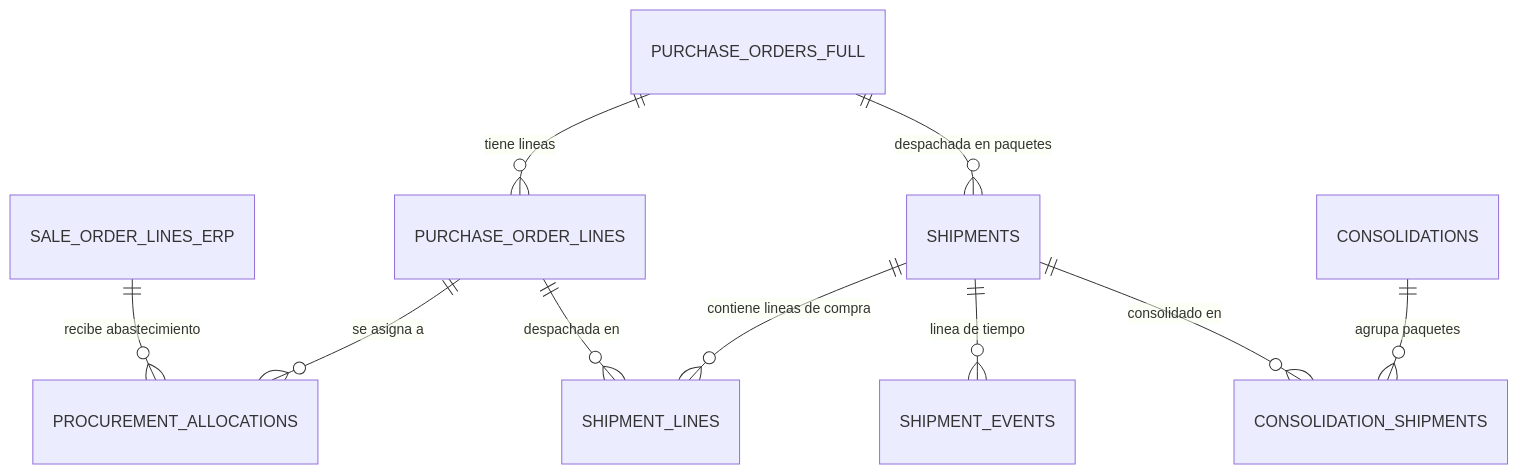
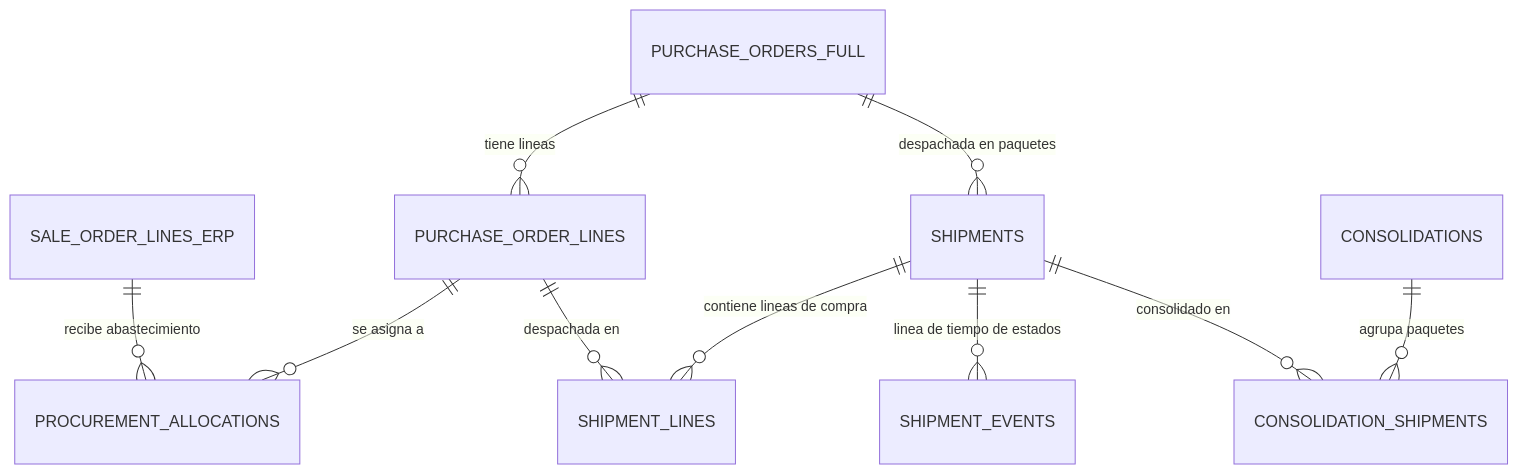
One commit to mauquintero26/Nebulae-ERP changed the third of 3 diagrams in docs/ARQUITECTURA_Y_FLUJO_INTEGRAL.md. Above: the diagram before and after it, drawn with Mermaid. The commit also changed other lines of this file and 15 other files, not shown here.

````diff
--- a/docs/ARQUITECTURA_Y_FLUJO_INTEGRAL.md
+++ b/docs/ARQUITECTURA_Y_FLUJO_INTEGRAL.md
@@ -385,14 +385,14 @@
 ```mermaid
 erDiagram
     PURCHASE_ORDERS_FULL ||--o{ PURCHASE_ORDER_LINES : "tiene lineas"
     PURCHASE_ORDER_LINES ||--o{ PROCUREMENT_ALLOCATIONS : "se asigna a"
     SALE_ORDER_LINES_ERP ||--o{ PROCUREMENT_ALLOCATIONS : "recibe abastecimiento"
     
     PURCHASE_ORDERS_FULL ||--o{ SHIPMENTS : "despachada en paquetes"
     SHIPMENTS ||--o{ SHIPMENT_LINES : "contiene lineas de compra"
     PURCHASE_ORDER_LINES ||--o{ SHIPMENT_LINES : "despachada en"
-    SHIPMENTS ||--o{ SHIPMENT_EVENTS : "linea de tiempo"
+    SHIPMENTS ||--o{ SHIPMENT_EVENTS : "linea de tiempo de estados"
     
     CONSOLIDATIONS ||--o{ CONSOLIDATION_SHIPMENTS : "agrupa paquetes"
     SHIPMENTS ||--o{ CONSOLIDATION_SHIPMENTS : "consolidado en"
 ```
````
